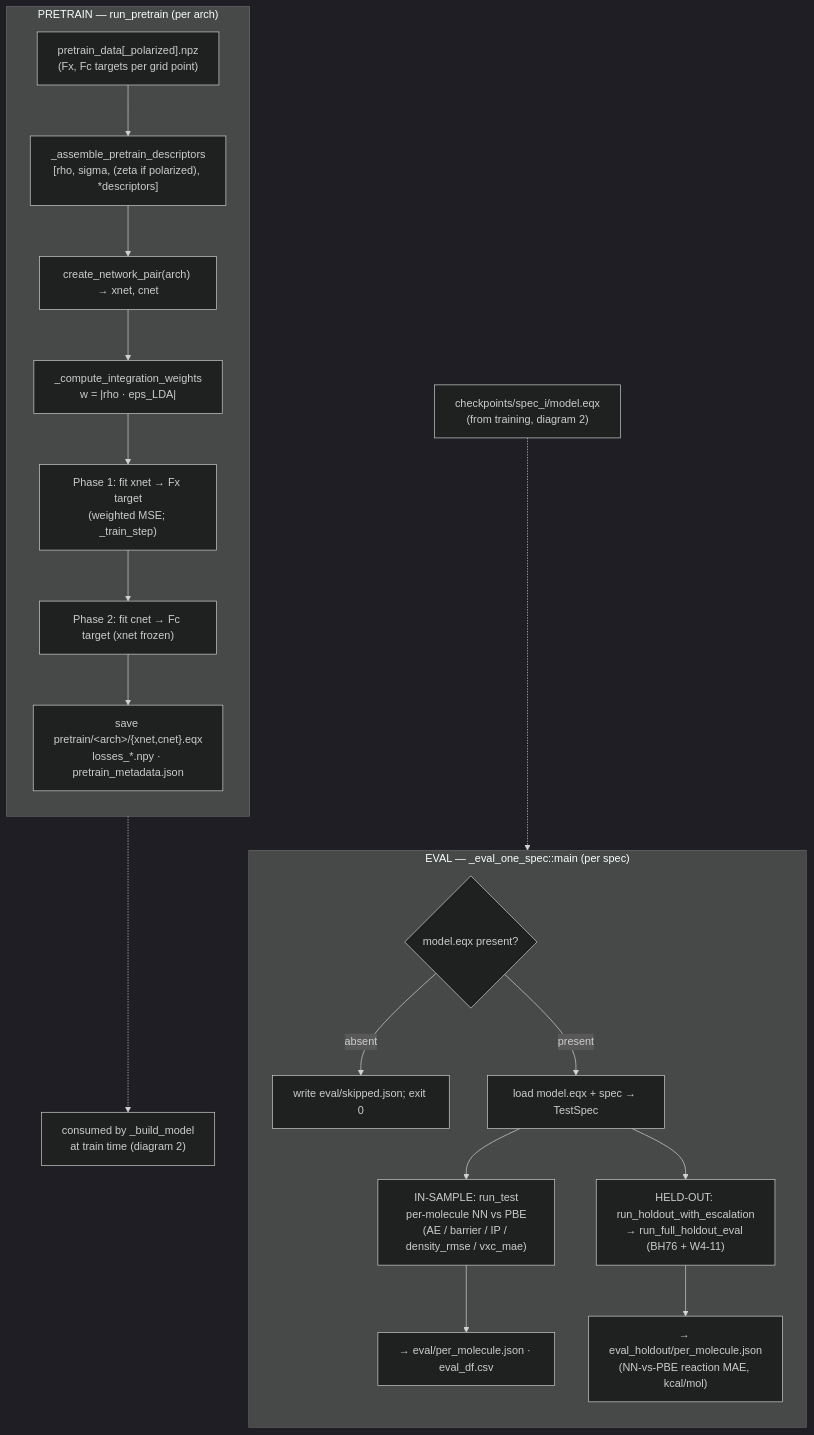
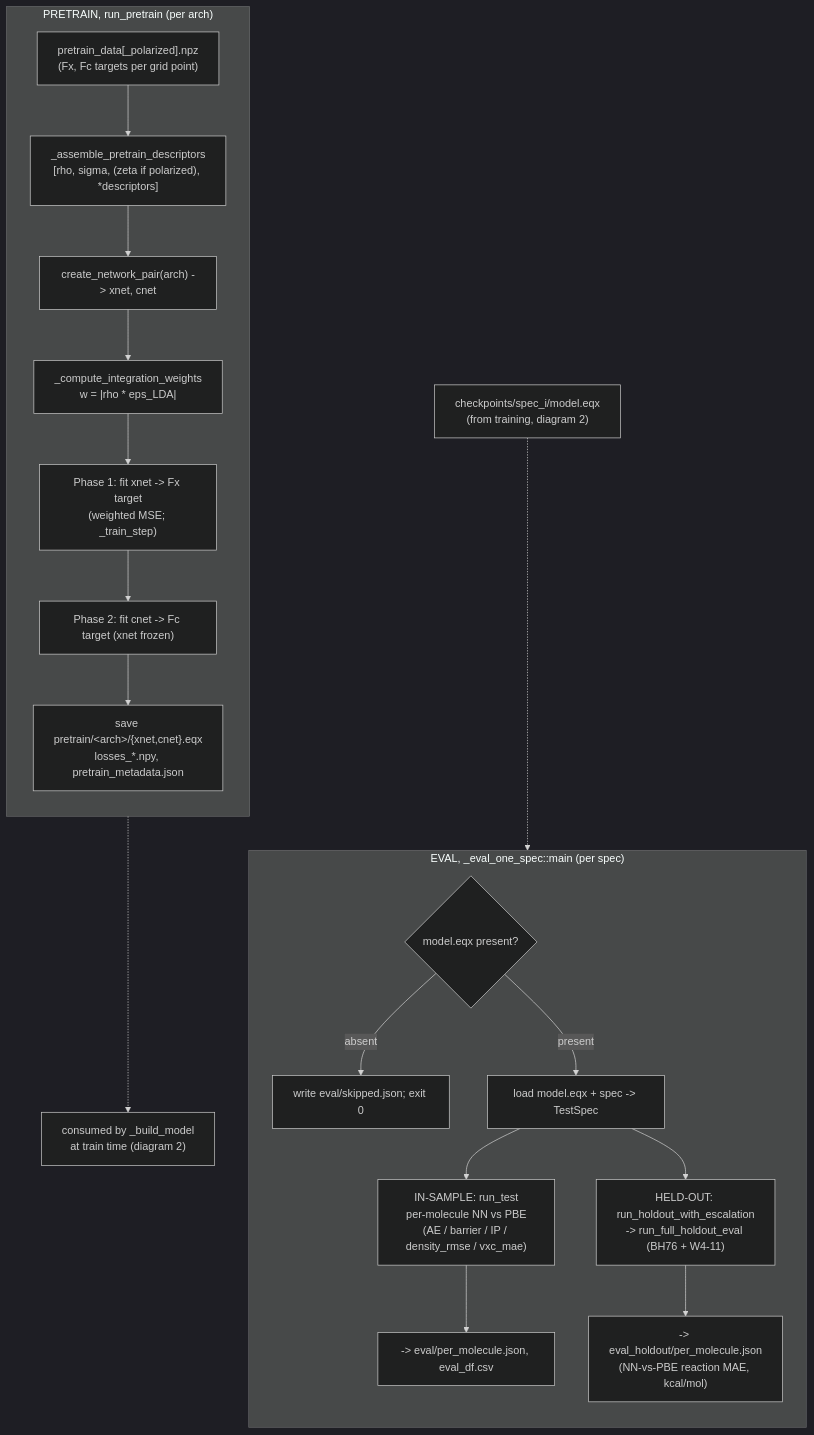
Before and after one commit to alecpwills/xcquinox: the fourth of 4 diagrams in docs/architecture/alec_training_flow.md, drawn with Mermaid (dark theme). The commit also changed other lines of this file and 14 other files, not shown here.

Commit message:
revise user guide and architecture diagrams

````diff
--- a/docs/architecture/alec_training_flow.md
+++ b/docs/architecture/alec_training_flow.md
@@ -230,30 +229,30 @@
 ```mermaid
 flowchart TB
-  subgraph pre["PRETRAIN — run_pretrain (per arch)"]
+  subgraph pre["PRETRAIN, run_pretrain (per arch)"]
     direction TB
     pdata["pretrain_data[_polarized].npz<br/>(Fx, Fc targets per grid point)"]
     pasm["_assemble_pretrain_descriptors<br/>[rho, sigma, (zeta if polarized), *descriptors]"]
-    pnet["create_network_pair(arch) → xnet, cnet"]
-    pw["_compute_integration_weights<br/>w = |rho · eps_LDA|"]
-    px["Phase 1: fit xnet → Fx target<br/>(weighted MSE; _train_step)"]
-    pc["Phase 2: fit cnet → Fc target (xnet frozen)"]
-    psave["save pretrain/&lt;arch&gt;/{xnet,cnet}.eqx<br/>losses_*.npy · pretrain_metadata.json"]
+    pnet["create_network_pair(arch) -> xnet, cnet"]
+    pw["_compute_integration_weights<br/>w = |rho * eps_LDA|"]
+    px["Phase 1: fit xnet -> Fx target<br/>(weighted MSE; _train_step)"]
+    pc["Phase 2: fit cnet -> Fc target (xnet frozen)"]
+    psave["save pretrain/&lt;arch&gt;/{xnet,cnet}.eqx<br/>losses_*.npy, pretrain_metadata.json"]
     pdata --> pasm --> pnet --> pw --> px --> pc --> psave
   end
-  subgraph ev["EVAL — _eval_one_spec::main (per spec)"]
+  subgraph ev["EVAL, _eval_one_spec::main (per spec)"]
     direction TB
     echk{"model.eqx present?"}
     eskip["write eval/skipped.json; exit 0"]
-    eload["load model.eqx + spec → TestSpec"]
+    eload["load model.eqx + spec -> TestSpec"]
     ein["IN-SAMPLE: run_test<br/>per-molecule NN vs PBE<br/>(AE / barrier / IP / density_rmse / vxc_mae)"]
-    eindf["→ eval/per_molecule.json · eval_df.csv"]
-    eho["HELD-OUT: run_holdout_with_escalation<br/>→ run_full_holdout_eval (BH76 + W4-11)"]
-    ehodf["→ eval_holdout/per_molecule.json<br/>(NN-vs-PBE reaction MAE, kcal/mol)"]
+    eindf["-> eval/per_molecule.json, eval_df.csv"]
+    eho["HELD-OUT: run_holdout_with_escalation<br/>-> run_full_holdout_eval (BH76 + W4-11)"]
+    ehodf["-> eval_holdout/per_molecule.json<br/>(NN-vs-PBE reaction MAE, kcal/mol)"]
     echk -->|absent| eskip
     echk -->|present| eload
     eload --> ein --> eindf
     eload --> eho --> ehodf
   end
   psave -.-> consumed["consumed by _build_model<br/>at train time (diagram 2)"]
   ckpt["checkpoints/spec_i/model.eqx<br/>(from training, diagram 2)"] -.-> echk
 ```
````
